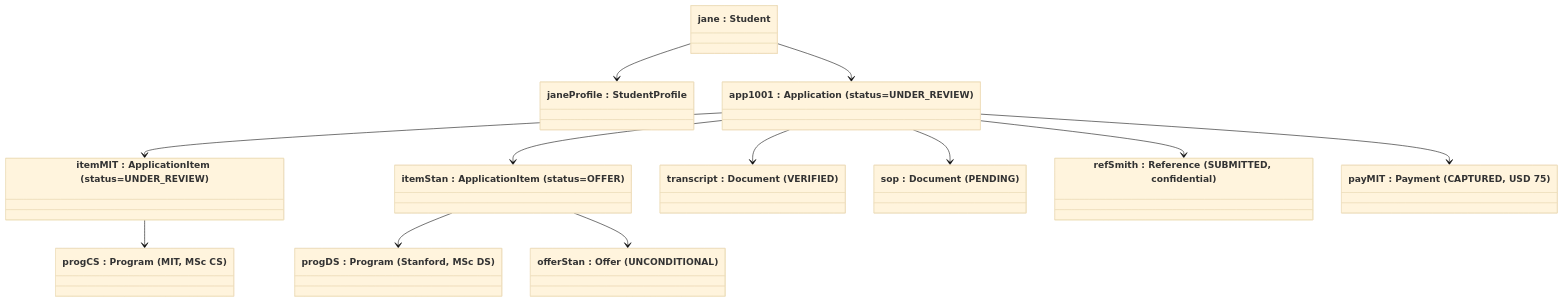
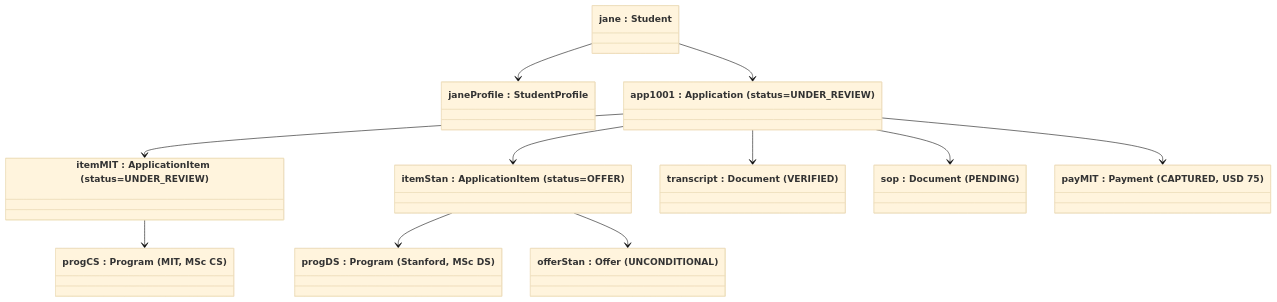
Before and after one commit to eraddy/prepration: the third of 8 diagrams in README.md, drawn with Mermaid (base theme). The commit also changed other lines of this file, not shown here.

````diff
--- a/README.md
+++ b/README.md
@@ -407,27 +380,25 @@
 ```mermaid
 classDiagram
   class jane["jane : Student"]
   class janeProfile["janeProfile : StudentProfile"]
   class app1001["app1001 : Application (status=UNDER_REVIEW)"]
   class itemMIT["itemMIT : ApplicationItem (status=UNDER_REVIEW)"]
   class itemStan["itemStan : ApplicationItem (status=OFFER)"]
   class progCS["progCS : Program (MIT, MSc CS)"]
   class progDS["progDS : Program (Stanford, MSc DS)"]
   class transcript["transcript : Document (VERIFIED)"]
   class sop["sop : Document (PENDING)"]
-  class refSmith["refSmith : Reference (SUBMITTED, confidential)"]
   class payMIT["payMIT : Payment (CAPTURED, USD 75)"]
   class offerStan["offerStan : Offer (UNCONDITIONAL)"]
 
   jane --> janeProfile
   jane --> app1001
   app1001 --> itemMIT
   app1001 --> itemStan
   itemMIT --> progCS
   itemStan --> progDS
   app1001 --> transcript
   app1001 --> sop
-  app1001 --> refSmith
   app1001 --> payMIT
   itemStan --> offerStan
 ```
````
